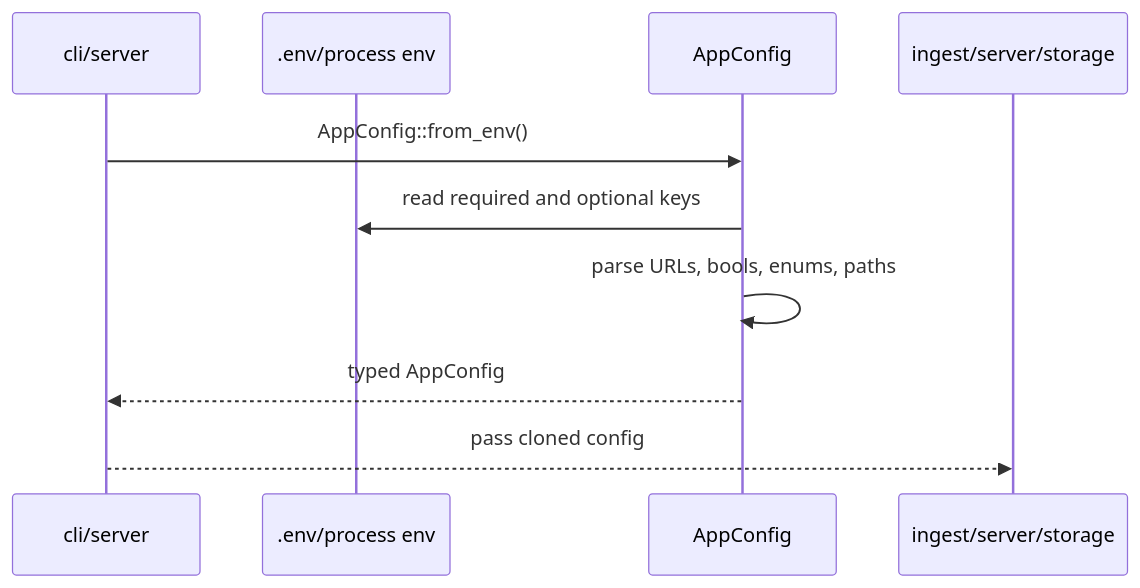
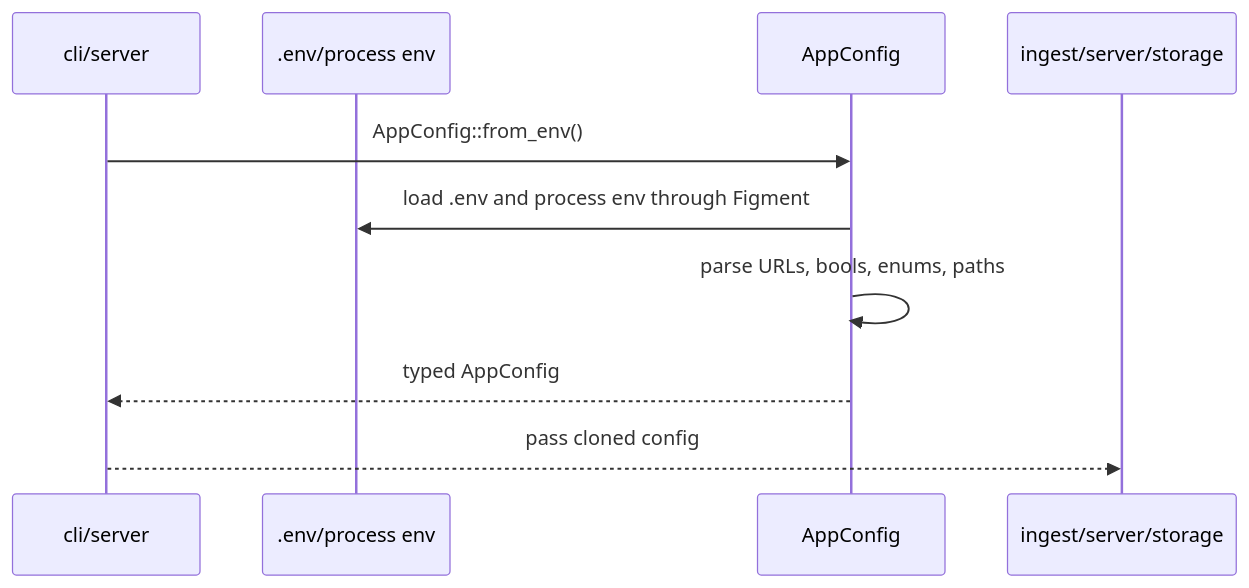
Before and after one commit to thenamespace/ensindexer-rs: the diagram in crates/config/README.md, drawn with Mermaid. The commit also changed other lines of this file and 29 other files, not shown here.

````diff
--- a/crates/config/README.md
+++ b/crates/config/README.md
@@ -7,13 +7,13 @@
 ```mermaid
 sequenceDiagram
     participant Runtime as cli/server
     participant Env as .env/process env
     participant Config as AppConfig
     participant Crates as ingest/server/storage
 
     Runtime->>Config: AppConfig::from_env()
-    Config->>Env: read required and optional keys
+    Config->>Env: load .env and process env through Figment
     Config->>Config: parse URLs, bools, enums, paths
     Config-->>Runtime: typed AppConfig
     Runtime-->>Crates: pass cloned config
 ```
````
